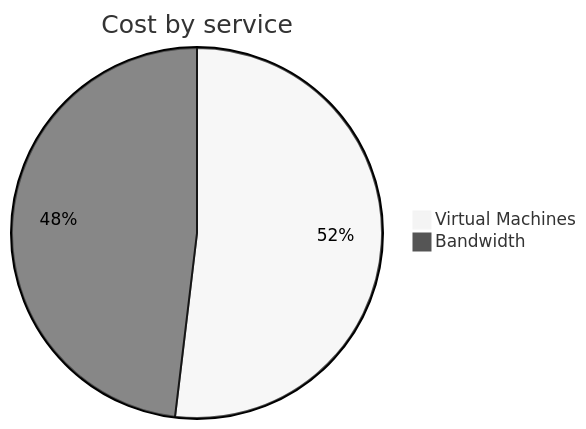
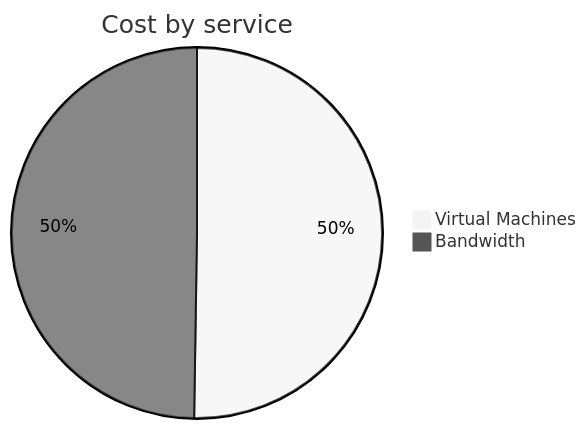
The second of 4 diagrams in cost-reports/personal-network/vpn-server.md (jpfulton/azure-personal-reports), drawn with Mermaid (neutral theme) before and after one commit. The commit also changed other lines of this file and 8 other files, not shown here.

````diff
--- a/cost-reports/personal-network/vpn-server.md
+++ b/cost-reports/personal-network/vpn-server.md
@@ -96,6 +96,6 @@
 ```mermaid
 pie
    title Cost by service
-   "Virtual Machines" : 3.97
-   "Bandwidth" : 3.68
+   "Virtual Machines" : 4.14
+   "Bandwidth" : 4.10
 ```
````
